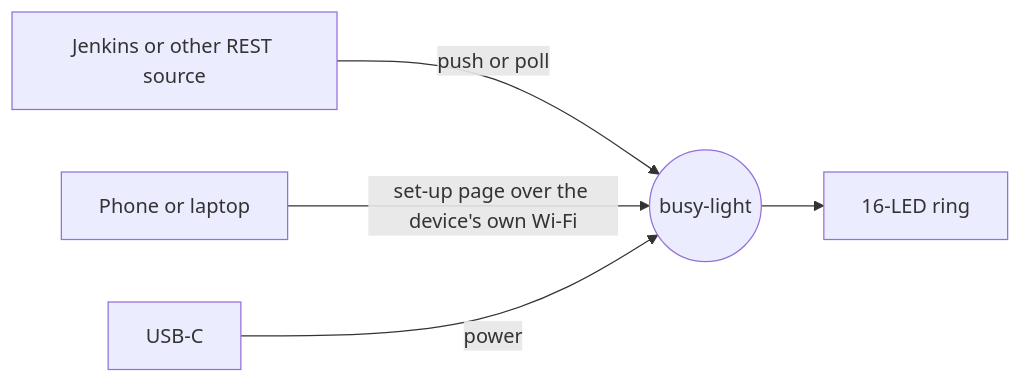
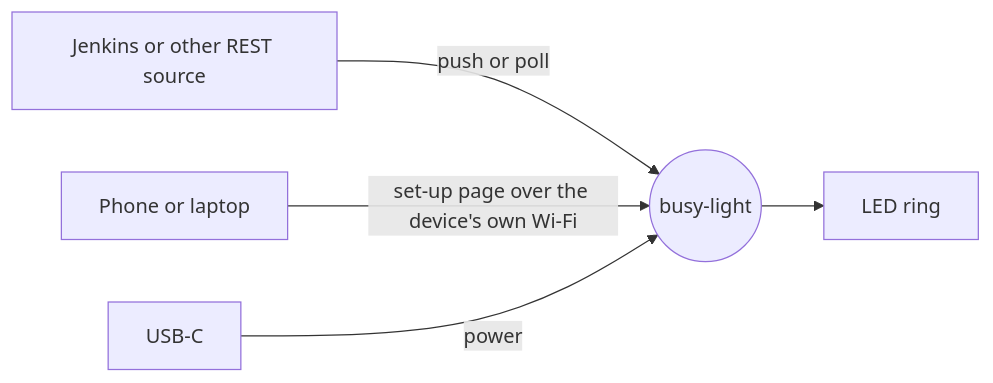
Before and after one commit to spoorcc/busy-light: the diagram in README.md, drawn with Mermaid. The commit also changed other lines of this file and 4 other files, not shown here.

````diff
--- a/README.md
+++ b/README.md
@@ -74,7 +80,7 @@
 ```mermaid
 flowchart LR
     J[Jenkins or other REST source] -- push or poll --> D((busy-light))
     P[Phone or laptop] -- set-up page over the device's own Wi-Fi --> D
-    D --> R[16-LED ring]
+    D --> R[LED ring]
     U[USB-C] -- power --> D
 ```
````
